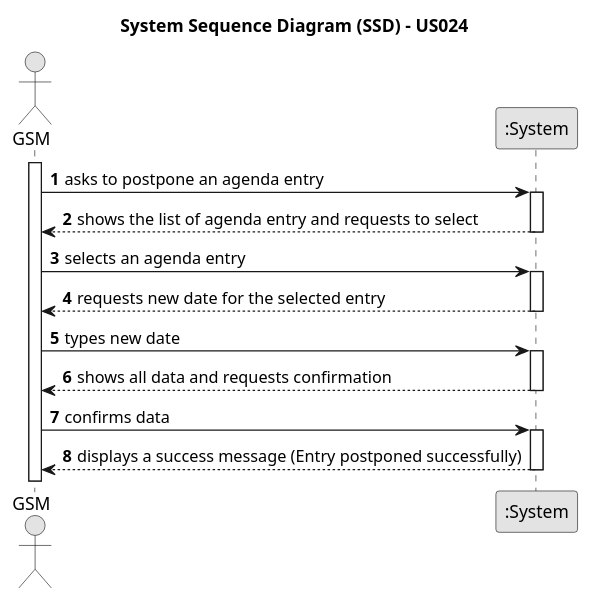
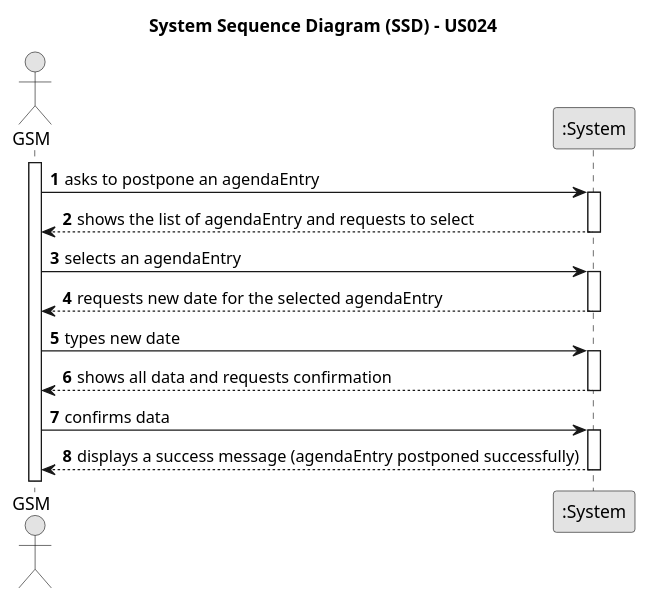
One commit to ricardomm7/leaflink changed the diagram in docs/sprintC/us024/01.requirements-engineering/puml/us024-system-sequence-diagram-alternative-one.puml. Above: the diagram before and after it, drawn with PlantUML. The commit also changed 20 other files, not shown here.

```diff
--- a/docs/sprintC/us024/01.requirements-engineering/puml/us024-system-sequence-diagram-alternative-one.puml
+++ b/docs/sprintC/us024/01.requirements-engineering/puml/us024-system-sequence-diagram-alternative-one.puml
@@ -1,41 +1,41 @@
 @startuml
 skinparam monochrome true
 skinparam packageStyle rectangle
 skinparam shadowing false
 
 title System Sequence Diagram (SSD) - US024
 
 autonumber
 
 actor "GSM" as GSM
 participant ":System" as System
 
 activate GSM
 
-    GSM -> System : asks to postpone an agenda entry
+    GSM -> System : asks to postpone an agendaEntry
     activate System
 
-        System --> GSM : shows the list of agenda entry and requests to select
+        System --> GSM : shows the list of agendaEntry and requests to select
     deactivate System
 
-    GSM -> System : selects an agenda entry
+    GSM -> System : selects an agendaEntry
 
     activate System
 
-        System --> GSM : requests new date for the selected entry
+        System --> GSM : requests new date for the selected agendaEntry
     deactivate System
 
     GSM -> System : types new date
 
     activate System
 
         System --> GSM : shows all data and requests confirmation
     deactivate System
 
     GSM -> System : confirms data
     activate System
 
-        System --> GSM : displays a success message (Entry postponed successfully)
+        System --> GSM : displays a success message (agendaEntry postponed successfully)
     deactivate System
 
 @enduml
```
